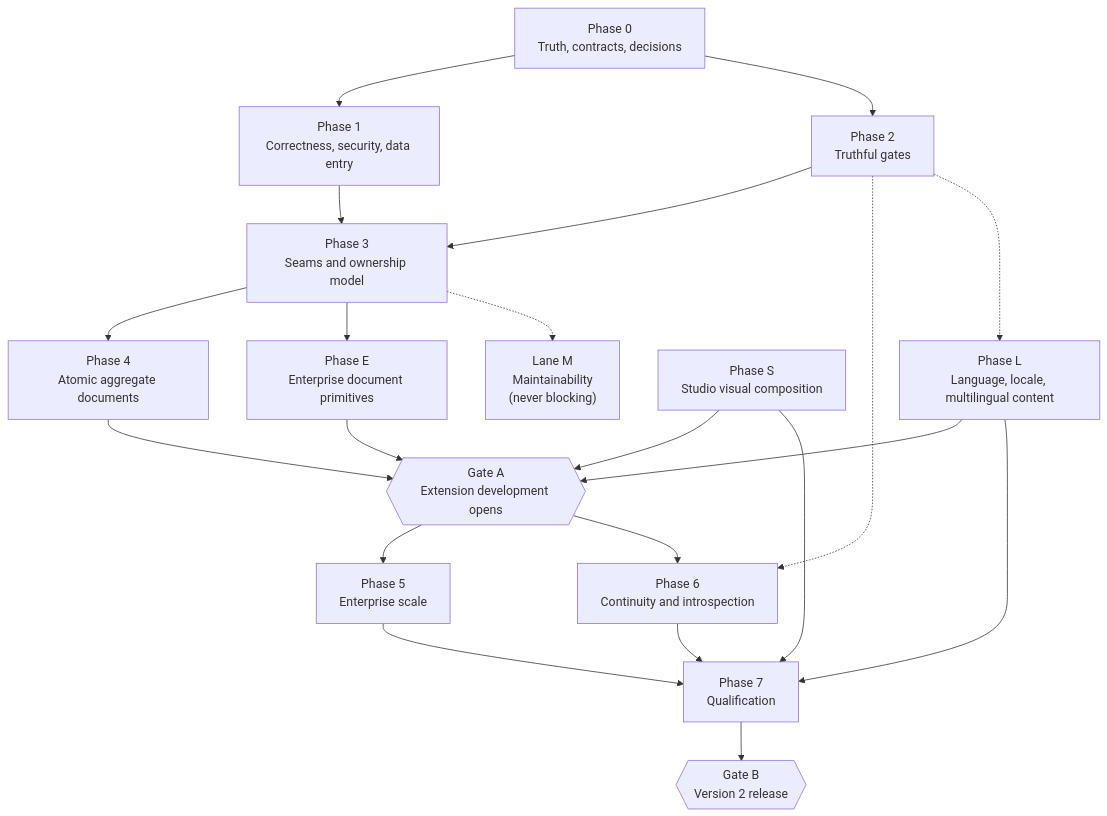
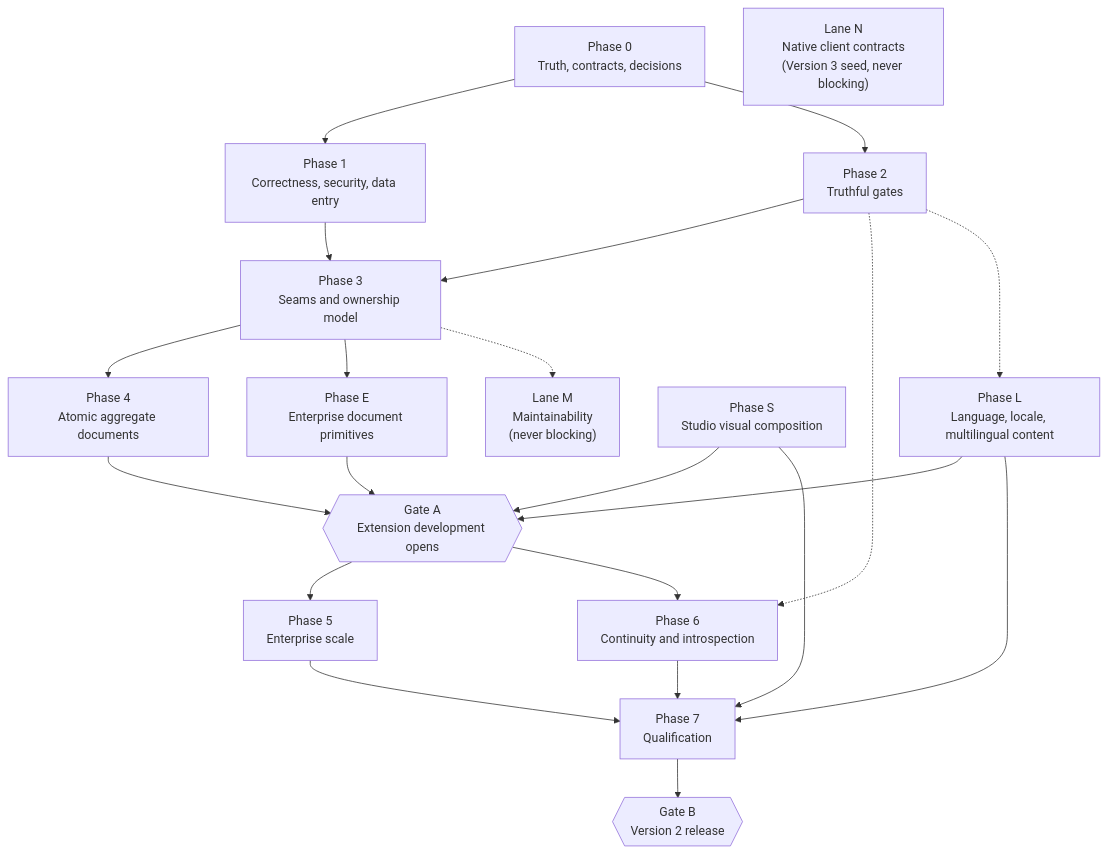
One commit to kumwe/app changed the diagram in docs/roadmap/README.md. Above: the diagram before and after it, drawn with Mermaid. The commit also changed other lines of this file and 3 other files, not shown here.

First line of the commit message:
Seed the Version 3 native client platform: decision D17, ADR 0009 and lane N

````diff
--- a/docs/roadmap/README.md
+++ b/docs/roadmap/README.md
@@ -1119,37 +1156,38 @@
 ```mermaid
 flowchart TD
     P0["Phase 0<br/>Truth, contracts, decisions"]
     P1["Phase 1<br/>Correctness, security, data entry"]
     P2["Phase 2<br/>Truthful gates"]
     P3["Phase 3<br/>Seams and ownership model"]
     P4["Phase 4<br/>Atomic aggregate documents"]
     PE["Phase E<br/>Enterprise document primitives"]
     PL["Phase L<br/>Language, locale, multilingual content"]
     GA{{"Gate A<br/>Extension development opens"}}
     P5["Phase 5<br/>Enterprise scale"]
     P6["Phase 6<br/>Continuity and introspection"]
     P7["Phase 7<br/>Qualification"]
     PS["Phase S<br/>Studio visual composition"]
     GB{{"Gate B<br/>Version 2 release"}}
     LM["Lane M<br/>Maintainability<br/>(never blocking)"]
+    LN["Lane N<br/>Native client contracts<br/>(Version 3 seed, never blocking)"]
     P0 --> P1
     P0 --> P2
     P1 --> P3
     P2 --> P3
     P3 --> P4
     P3 --> PE
     P4 --> GA
     PE --> GA
     PL --> GA
     PS --> GA
     GA --> P5
     GA --> P6
     P5 --> P7
     P6 --> P7
     P7 --> GB
     PS --> P7
     PL --> P7
     P2 -.-> P6
     P2 -.-> PL
     P3 -.-> LM
 ```
````
